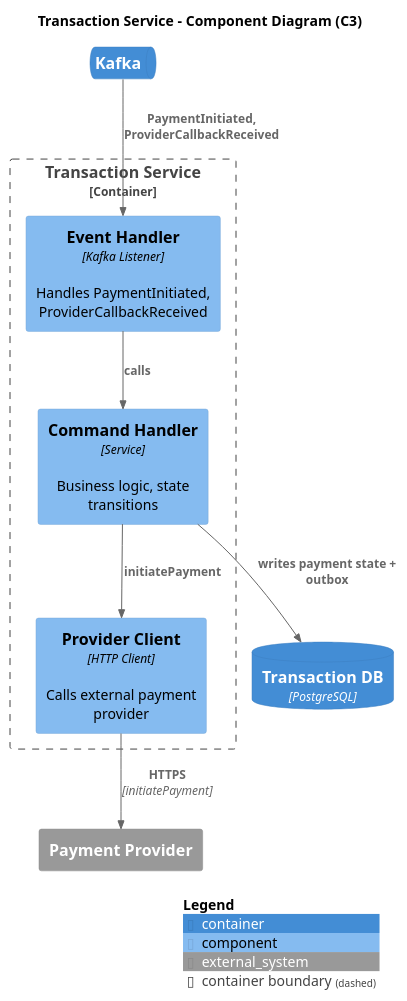
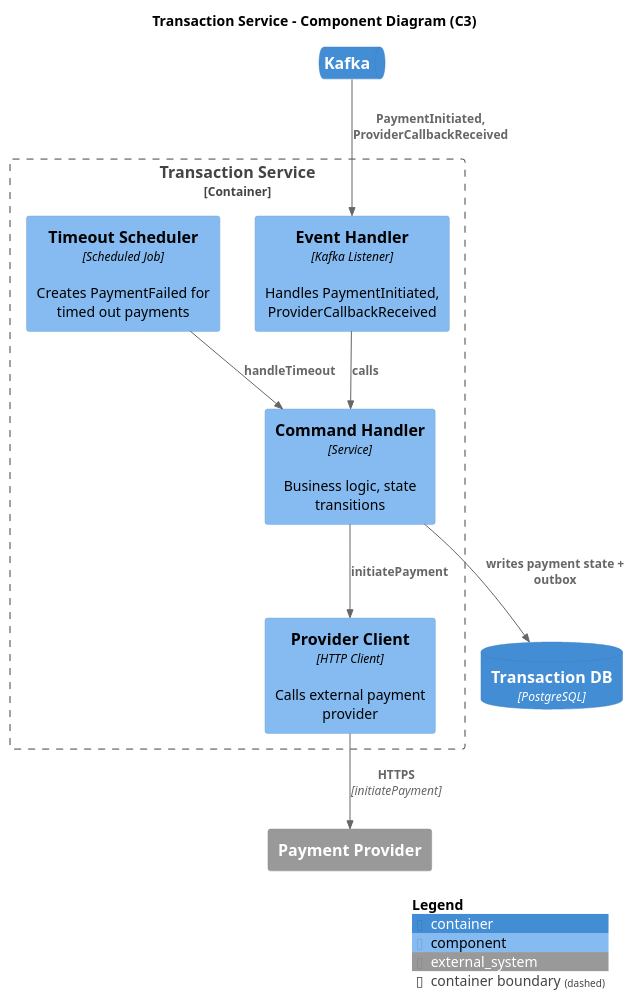
The diagram in week2/diagrams/c3-transaction.puml (krsvyat/system-design), drawn with PlantUML before and after one commit. The commit also changed 2 other files, not shown here.

Commit message:
add payment description

```diff
--- a/week2/diagrams/c3-transaction.puml
+++ b/week2/diagrams/c3-transaction.puml
@@ -1,29 +1,33 @@
 @startuml c3-transaction
 !include https://raw.githubusercontent.com/plantuml-stdlib/C4-PlantUML/master/C4_Component.puml
 
 title Transaction Service - Component Diagram (C3)
 
 ContainerQueue(kafka, "Kafka", "", "")
 ContainerDb(db, "Transaction DB", "PostgreSQL", "")
 System_Ext(provider, "Payment Provider", "")
 
 Container_Boundary(transaction, "Transaction Service") {
     Component(event_handler, "Event Handler", "Kafka Listener", "Handles PaymentInitiated, ProviderCallbackReceived")
     Component(command, "Command Handler", "Service", "Business logic, state transitions")
     Component(provider_client, "Provider Client", "HTTP Client", "Calls external payment provider")
+    Component(scheduler, "Timeout Scheduler", "Scheduled Job", "Creates PaymentFailed for timed out payments")
 }
 
 ' Kafka -> Transaction
 Rel_D(kafka, event_handler, "PaymentInitiated, ProviderCallbackReceived")
 
 ' Internal flow
 Rel_D(event_handler, command, "calls")
 Rel_D(command, provider_client, "initiatePayment")
 Rel_D(command, db, "writes payment state + outbox")
 
 ' Provider integration
 Rel_D(provider_client, provider, "HTTPS", "initiatePayment")
 
+' Scheduler
+Rel_D(scheduler, command, "handleTimeout")
+
 SHOW_LEGEND()
 
 @enduml
```
